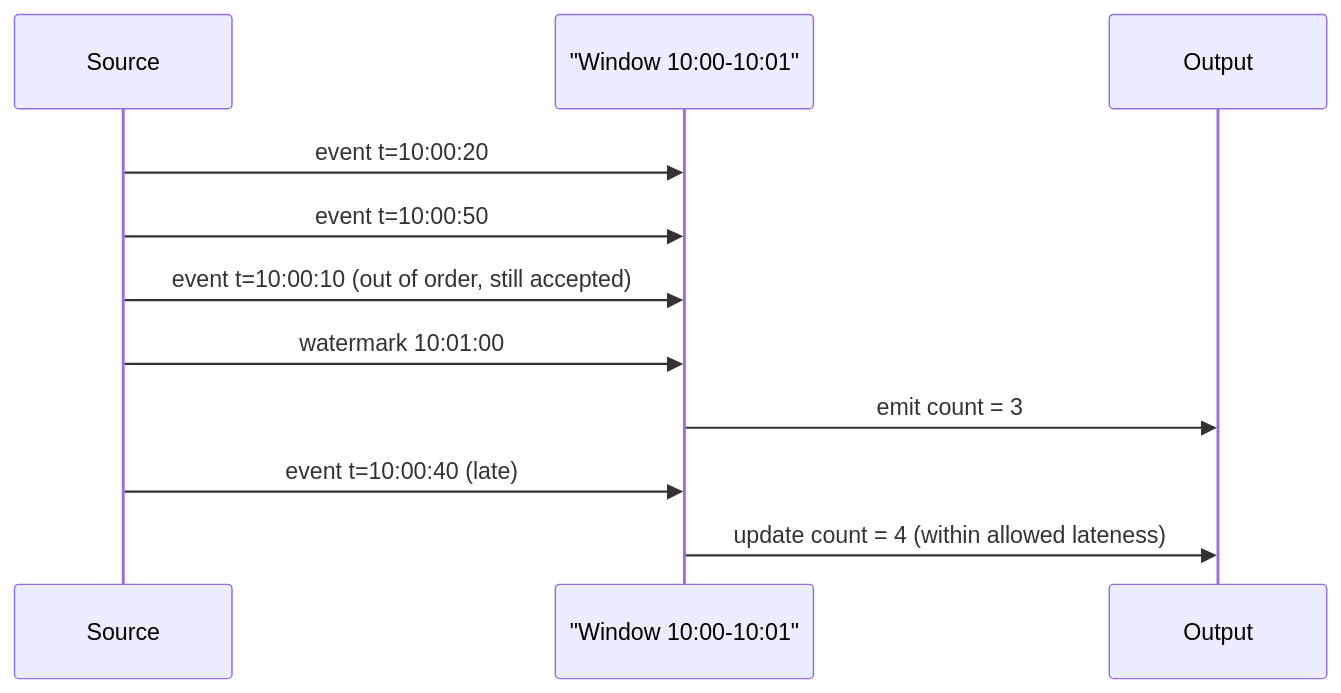
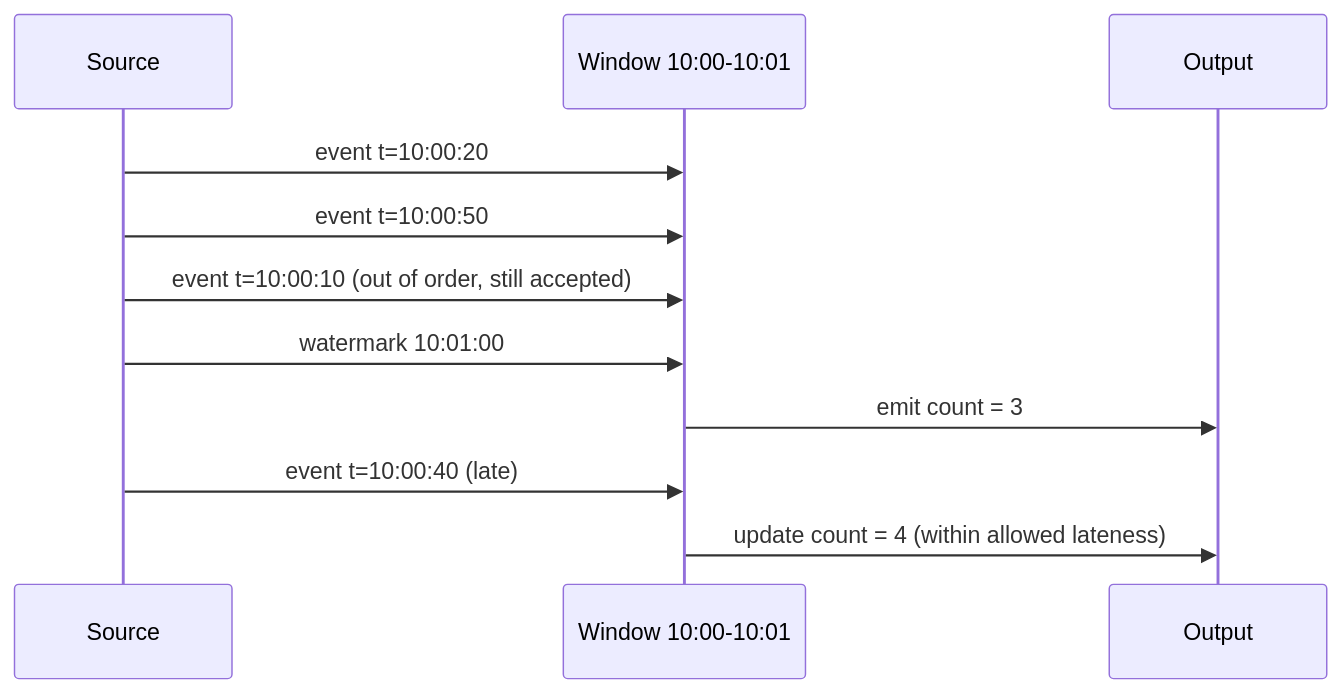
Before and after one commit to AkshayAshokCode/System-Design-Interview-Questions-and-Answers: the second of 7 diagrams in topics/15-big-data-streaming.md, drawn with Mermaid. The commit also changed 4 other files, not shown here.

````diff
--- a/topics/15-big-data-streaming.md
+++ b/topics/15-big-data-streaming.md
@@ -375,13 +375,13 @@
 ```mermaid
 sequenceDiagram
     participant S as Source
-    participant W as "Window 10:00-10:01"
+    participant W as Window 10:00-10:01
     participant O as Output
     S->>W: event t=10:00:20
     S->>W: event t=10:00:50
     S->>W: event t=10:00:10 (out of order, still accepted)
     S->>W: watermark 10:01:00
     W->>O: emit count = 3
     S->>W: event t=10:00:40 (late)
     W->>O: update count = 4 (within allowed lateness)
 ```
````
